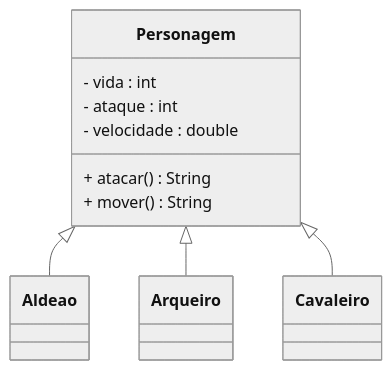
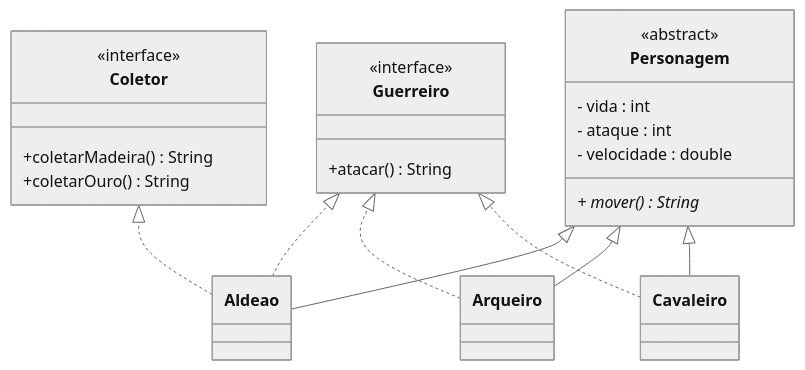
Before and after one commit to Evaldo-ed/POO-ADS-2026.2: the first of 2 diagrams in Aulas/aula-18-19_2026-10-21/atividade-01/Readme.md, drawn with Mermaid (neutral theme). The commit also changed other lines of this file and 36 other files, not shown here.

````diff
--- a/Aulas/aula-18-19_2026-10-21/atividade-01/Readme.md
+++ b/Aulas/aula-18-19_2026-10-21/atividade-01/Readme.md
@@ -3,28 +3,43 @@
 ```mermaid
 classDiagram
     direction BT
     
     class Personagem {
+        <<abstract>>
         - vida : int
         - ataque : int
         - velocidade : double
-        + atacar() String
-        + mover() String
+        + mover() String*
+    }
+    
+    class Coletor {
+        <<interface>>
+        +coletarMadeira() String
+        +coletarOuro() String
+    }
+
+    class Guerreiro {
+        <<interface>>
+        +atacar() String
     }
     
     class Aldeao {
         
     }
     
     class Arqueiro {
         
     }
     
     class Cavaleiro {
         
     }
     
+    Aldeao ..|> Coletor
+    Aldeao ..|> Guerreiro
     Aldeao --|> Personagem
     Arqueiro --|> Personagem
+    Arqueiro ..|> Guerreiro
     Cavaleiro --|> Personagem
+    Cavaleiro ..|> Guerreiro
 ```
````
